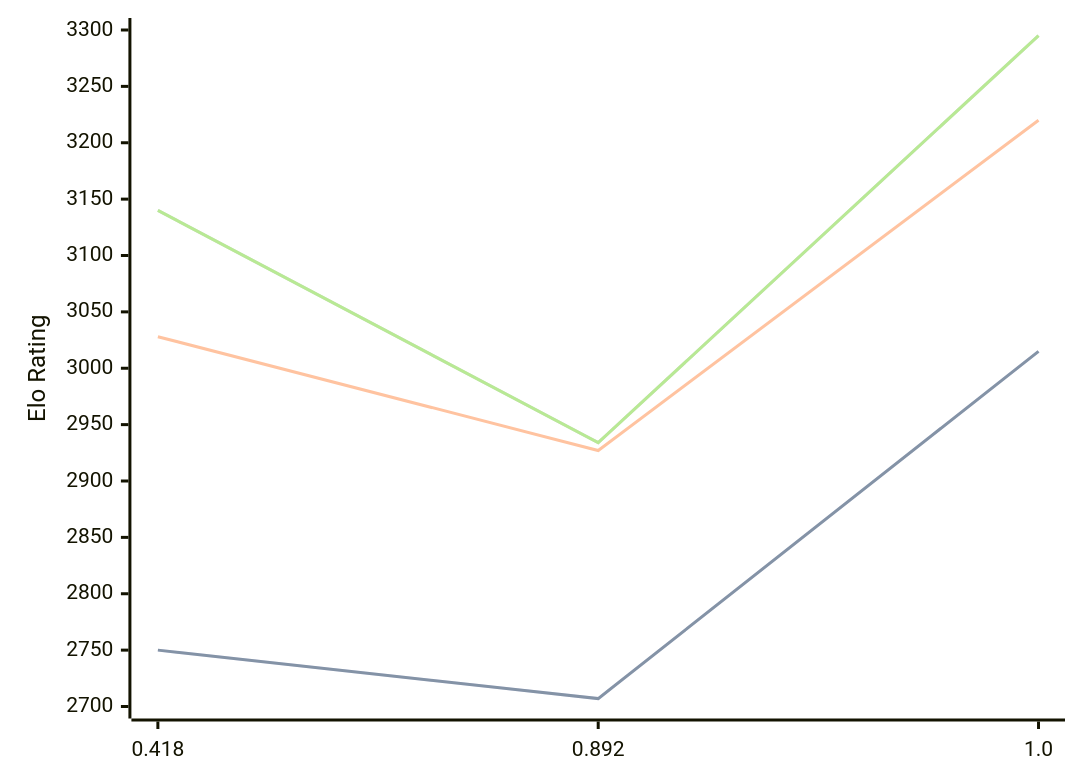
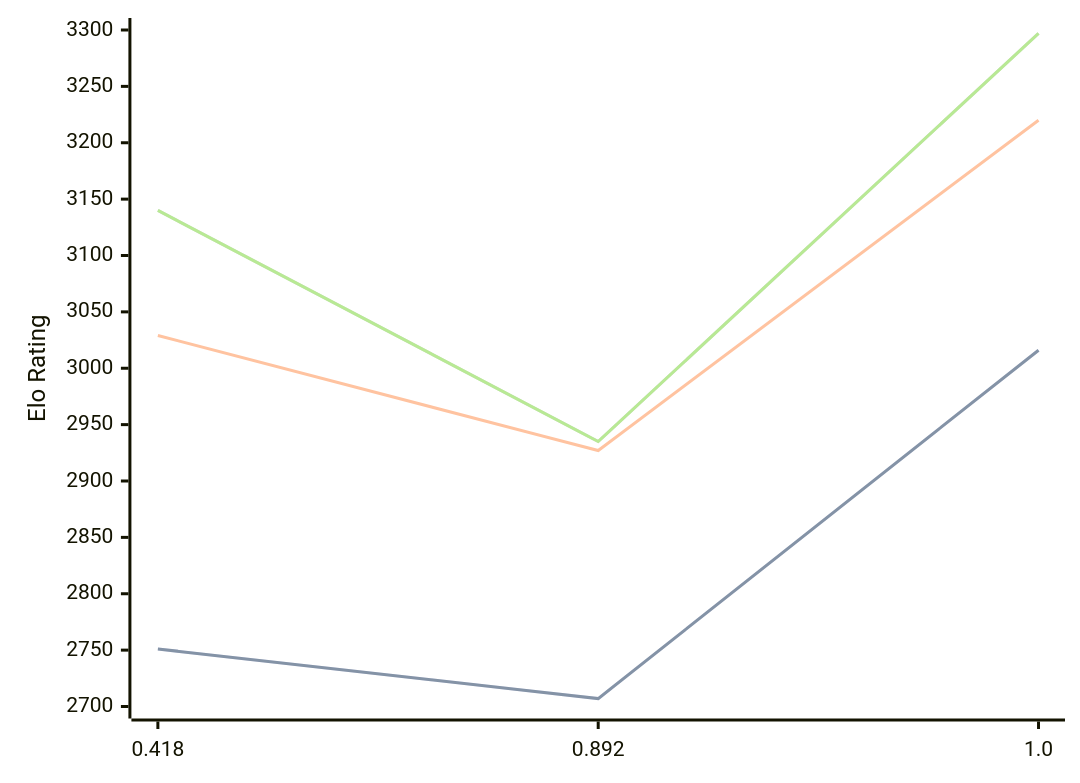
The diagram in engines/Malika.md (computer-chess-index/cci), drawn with Mermaid before and after one commit. The commit also changed other lines of this file, not shown here.

Commit message:
Update CCI Ratings (ELO VLTC) - 2026-04-25

````diff
--- a/engines/Malika.md
+++ b/engines/Malika.md
@@ -33,11 +33,11 @@
 ```mermaid
 %%{init: {"theme":"base","themeVariables":{"seriesColors:['#a3a3a3','#222221','#faa371']}}}%%
 xychart-beta
   x-axis ["0.418", "0.892", "1.0"]
   y-axis "Elo Rating" 2700 --> 3300
-  line "STC (8.0+0.08s)" [2750, 2707, 3015]
-  line "STC (8.0+0.08s)" [2750, 2707, 3015]
-  line "LTC (60.0+0.60s)" [3028, 2927, 3220]
-  line "VLTC (2m24s+1.12s)" [3140, 2934, 3295]
-  line "VLTC (2m24s+1.12s)" [3140, 2934, 3295]
+  line "STC (8.0+0.08s)" [2751, 2707, 3016]
+  line "STC (8.0+0.08s)" [2751, 2707, 3016]
+  line "LTC (60.0+0.60s)" [3029, 2927, 3220]
+  line "VLTC (2m24s+1.12s)" [3140, 2935, 3297]
+  line "VLTC (2m24s+1.12s)" [3140, 2935, 3297]
 ```
````
